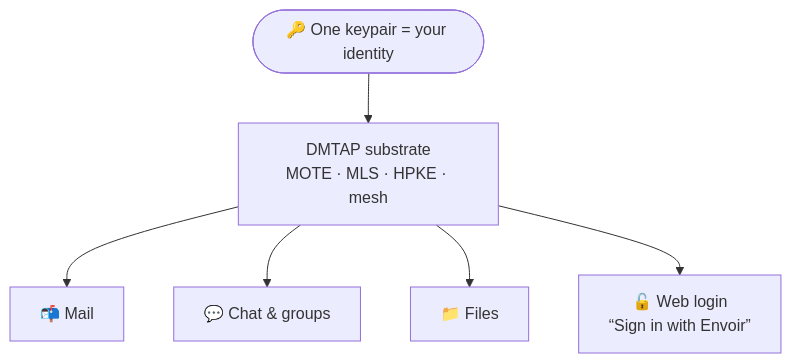
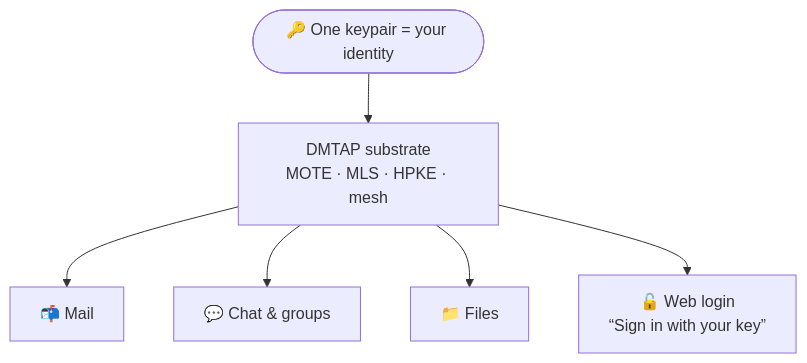
Before and after one commit to vul-os/dmtap: the second of 4 diagrams in README.md, drawn with Mermaid. The commit also changed other lines of this file, not shown here.

````diff
--- a/README.md
+++ b/README.md
@@ -47,10 +47,10 @@
 ```mermaid
 flowchart TD
   ID(["🔑 One keypair = your identity"])
   SUB["DMTAP substrate<br/>MOTE · MLS · HPKE · mesh"]
   ID --> SUB
   SUB --> MAIL["📬 Mail"]
   SUB --> CHAT["💬 Chat & groups"]
   SUB --> FILES["📁 Files"]
-  SUB --> LOGIN["🔓 Web login<br/>“Sign in with Envoir”"]
+  SUB --> LOGIN["🔓 Web login<br/>“Sign in with your key”"]
 ```
````
